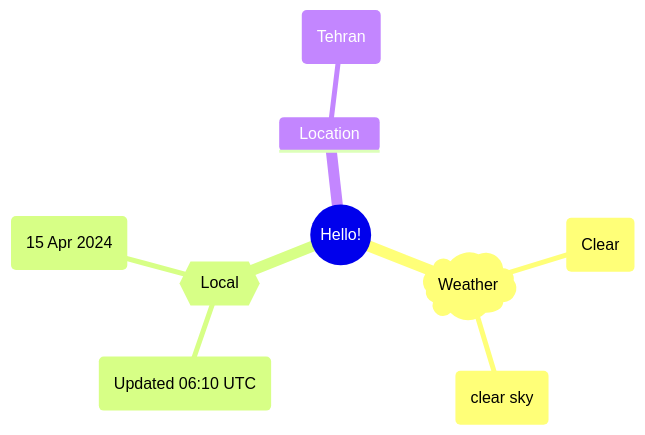
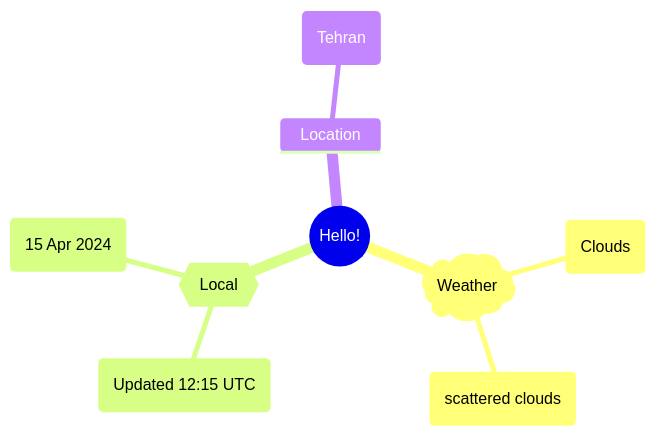
Before and after one commit to Xosrov/Xosrov: the first of 2 diagrams in README.md, drawn with Mermaid.

Commit message:
[bot] updated images

````diff
--- a/README.md
+++ b/README.md
@@ -3,12 +3,12 @@
 ```mermaid
 mindmap
   root((Hello!))
     )Weather(
-        (Clear)
-        (clear sky)
+        (Clouds)
+        (scattered clouds)
     {{Local}}
-        (Updated 06:10 UTC)
+        (Updated 12:15 UTC)
         (15 Apr 2024)
     Location
         (Tehran)
 ```
````
